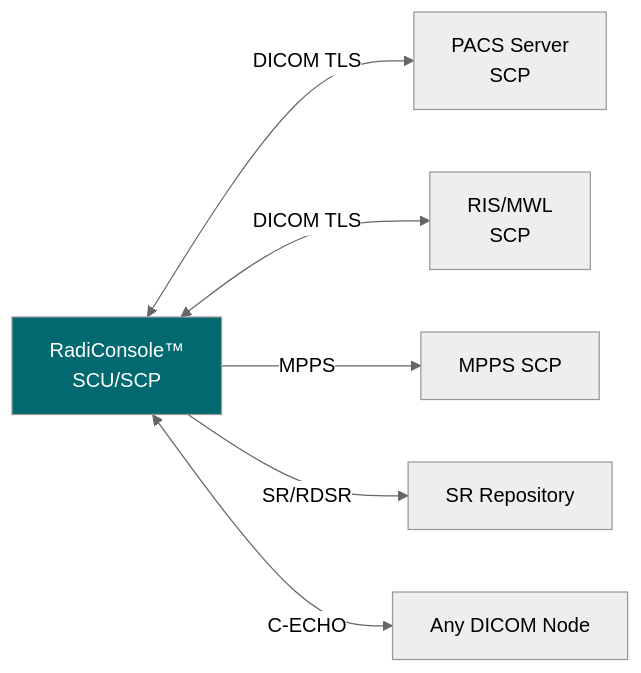
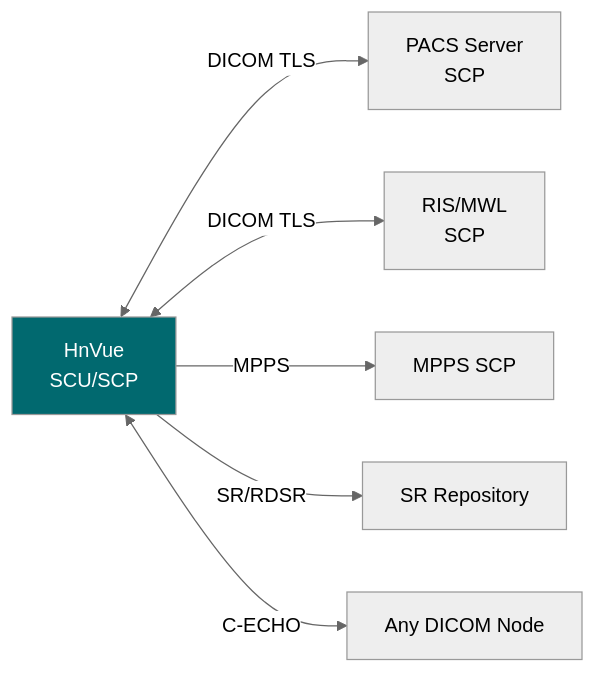
One commit to holee9/console-gui changed the diagram in docs/regulatory/DOC-038_DICOM_Conformance_v1.0.md. Above: the diagram before and after it, drawn with Mermaid (neutral theme). The commit also changed other lines of this file and 40 other files, not shown here.

````diff
--- a/docs/regulatory/DOC-038_DICOM_Conformance_v1.0.md
+++ b/docs/regulatory/DOC-038_DICOM_Conformance_v1.0.md
@@ -33,10 +33,10 @@
 ```mermaid
 graph LR
-    RC[RadiConsole™<br/>SCU/SCP] <-->|DICOM TLS| PACS[PACS Server<br/>SCP]
+    RC[HnVue<br/>SCU/SCP] <-->|DICOM TLS| PACS[PACS Server<br/>SCP]
     RC <-->|DICOM TLS| RIS[RIS/MWL<br/>SCP]
     RC -->|MPPS| MPPS_SCP[MPPS SCP]
     RC -->|SR/RDSR| SR_SCP[SR Repository]
     RC <-->|C-ECHO| ANY[Any DICOM Node]
     
     style RC fill:#01696F,color:#fff
 ```
````
